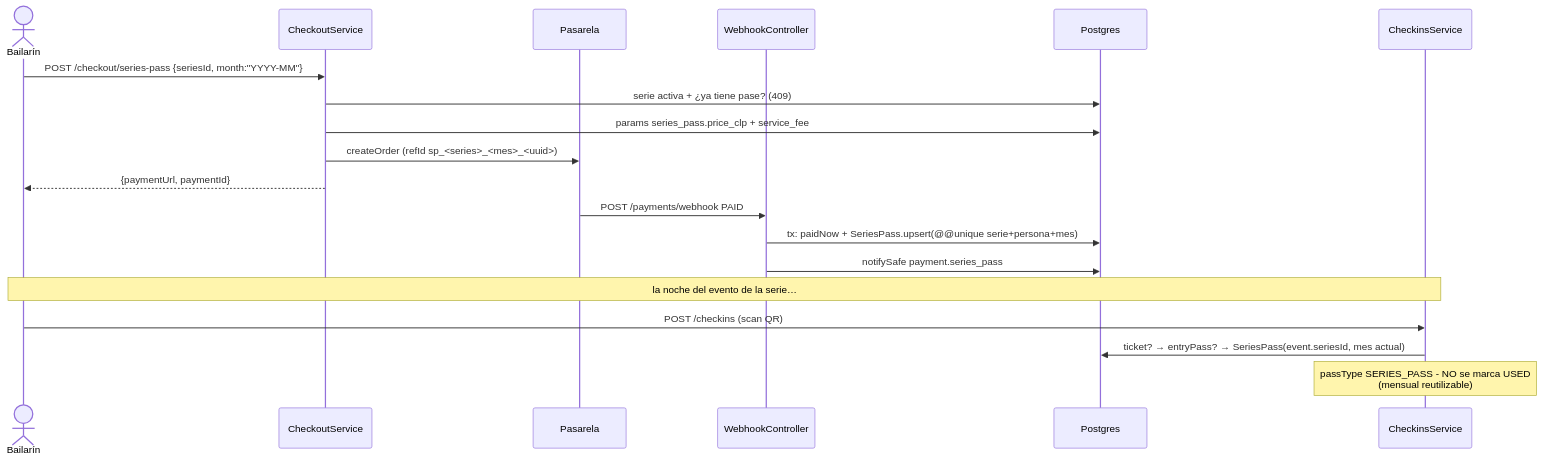
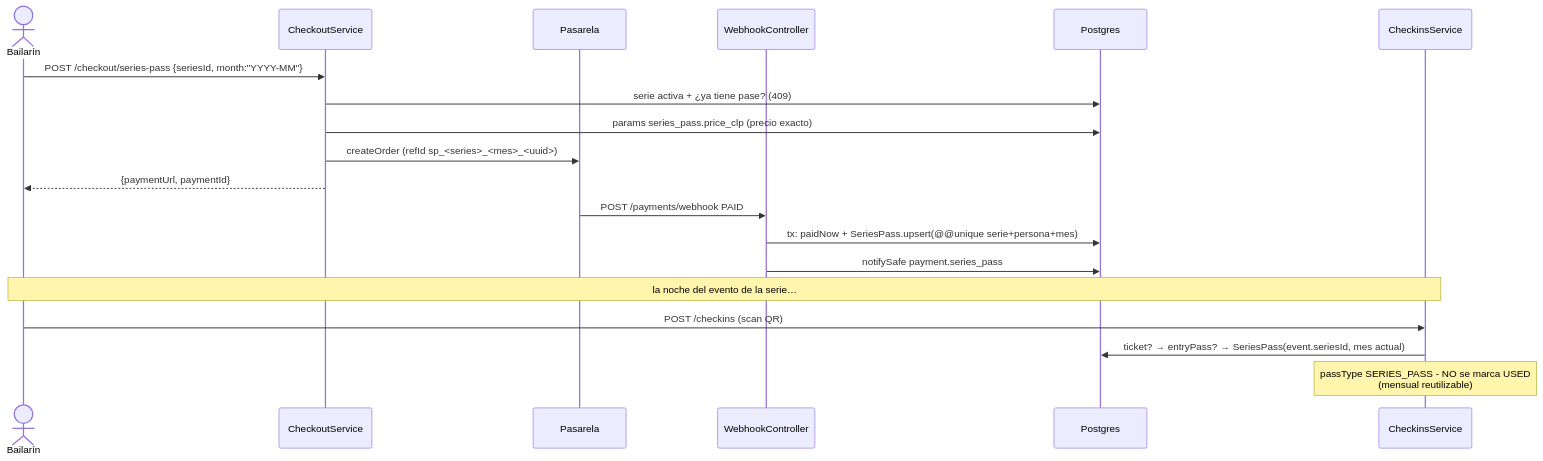
Diagram 19 of 36 in docs/flows.md (EduardoSalasG/omnidance), drawn with Mermaid before and after one commit. The commit also changed other lines of this file and 50 other files, not shown here.

First line of the commit message:
feat(payments): comision todo incluido al productor, comprador paga precio exacto

````diff
--- a/docs/flows.md
+++ b/docs/flows.md
@@ -379,22 +379,22 @@
 ```mermaid
 sequenceDiagram
     actor U as Bailarín
     participant API as CheckoutService
     participant GW as Pasarela
     participant WH as WebhookController
     participant DB as Postgres
     participant CK as CheckinsService
 
     U->>API: POST /checkout/series-pass {seriesId, month:"YYYY-MM"}
     API->>DB: serie activa + ¿ya tiene pase? (409)
-    API->>DB: params series_pass.price_clp + service_fee
+    API->>DB: params series_pass.price_clp (precio exacto)
     API->>GW: createOrder (refId sp_<series>_<mes>_<uuid>)
     API-->>U: {paymentUrl, paymentId}
     GW->>WH: POST /payments/webhook PAID
     WH->>DB: tx: paidNow + SeriesPass.upsert(@@unique serie+persona+mes)
     WH->>DB: notifySafe payment.series_pass
     Note over U,CK: la noche del evento de la serie…
     U->>CK: POST /checkins (scan QR)
     CK->>DB: ticket? → entryPass? → SeriesPass(event.seriesId, mes actual)
     Note over CK: passType SERIES_PASS - NO se marca USED<br/>(mensual reutilizable)
 ```
````
